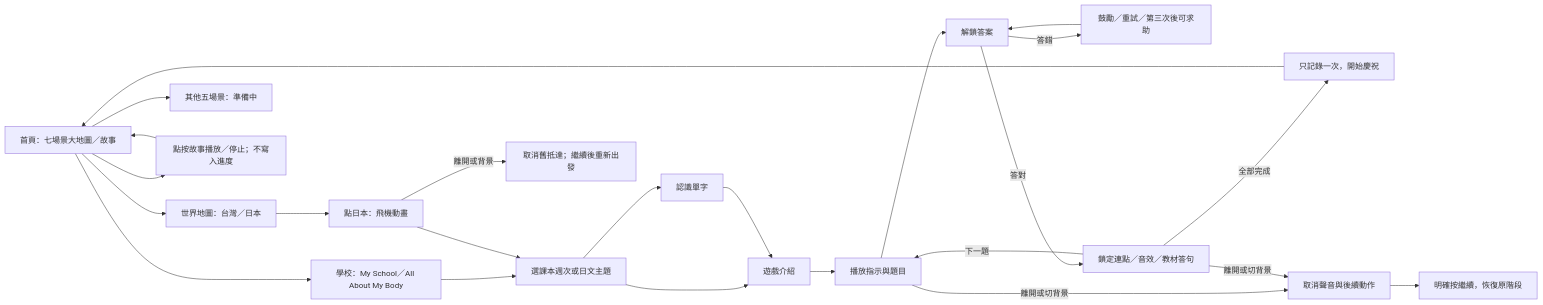
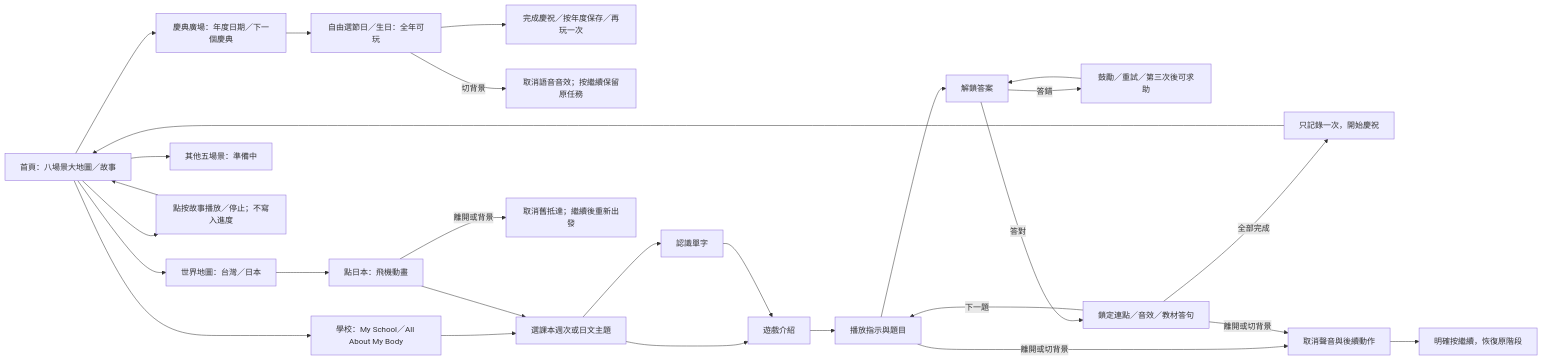
Before and after one commit to kfed0526/englsih-course: the second of 2 diagrams in CODE_MAP.md, drawn with Mermaid. The commit also changed other lines of this file and 92 other files, not shown here.

````diff
--- a/CODE_MAP.md
+++ b/CODE_MAP.md
@@ -39,26 +46,30 @@
 ```mermaid
 flowchart LR
-  HOME["首頁：七場景大地圖／故事"] --> SCHOOLENTRY["學校：My School／All About My Body"]
+  HOME["首頁：八場景大地圖／故事"] --> SCHOOLENTRY["學校：My School／All About My Body"]
+  HOME --> PLAZA["慶典廣場：年度日期／下一個慶典"]
+  PLAZA --> FESTIVALPLAY["自由選節日／生日：全年可玩"]
+  FESTIVALPLAY --> FESTIVALDONE["完成慶祝／按年度保存／再玩一次"]
+  FESTIVALPLAY -->|切背景| FESTIVALPAUSE["取消語音音效；按繼續保留原任務"]
   SCHOOLENTRY --> UNITS["選課本週次或日文主題"]
   HOME --> WORLD["世界地圖：台灣／日本"]
   WORLD --> FLIGHT["點日本：飛機動畫"]
   FLIGHT --> UNITS
   FLIGHT -->|離開或背景| CANCELFLIGHT["取消舊抵達；繼續後重新出發"]
   HOME --> OTHER["其他五場景：準備中"]
   HOME --> STORYPLAY["點按故事播放／停止；不寫入進度"]
   STORYPLAY --> HOME
   UNITS --> CARDS["認識單字"]
   UNITS --> INTRO["遊戲介紹"]
   CARDS --> INTRO
   INTRO --> PROMPT["播放指示與題目"]
   PROMPT --> ANSWER["解鎖答案"]
   ANSWER -->|答錯| RETRY["鼓勵／重試／第三次後可求助"]
   RETRY --> ANSWER
   ANSWER -->|答對| FEEDBACK["鎖定連點／音效／教材答句"]
   FEEDBACK -->|下一題| PROMPT
   FEEDBACK -->|全部完成| SAVE["只記錄一次，開始慶祝"]
   SAVE --> HOME
   PROMPT -->|離開或切背景| CANCEL["取消聲音與後續動作"]
   FEEDBACK -->|離開或切背景| CANCEL
   CANCEL --> RESUME["明確按繼續，恢復原階段"]
 ```
````
